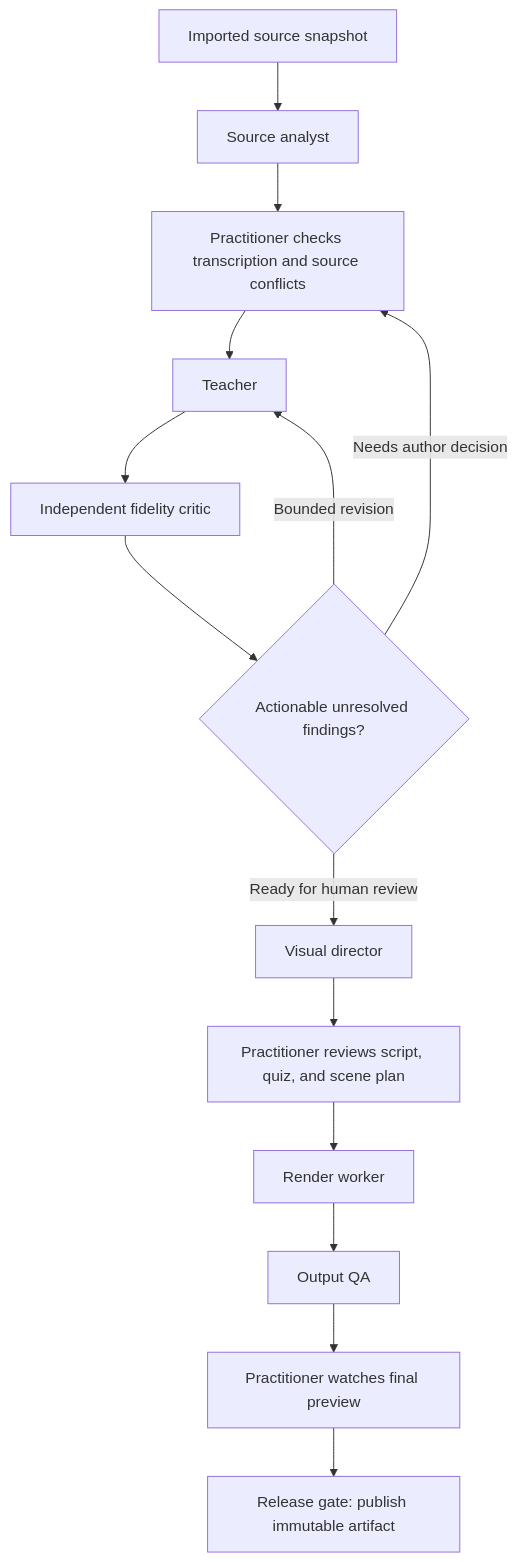
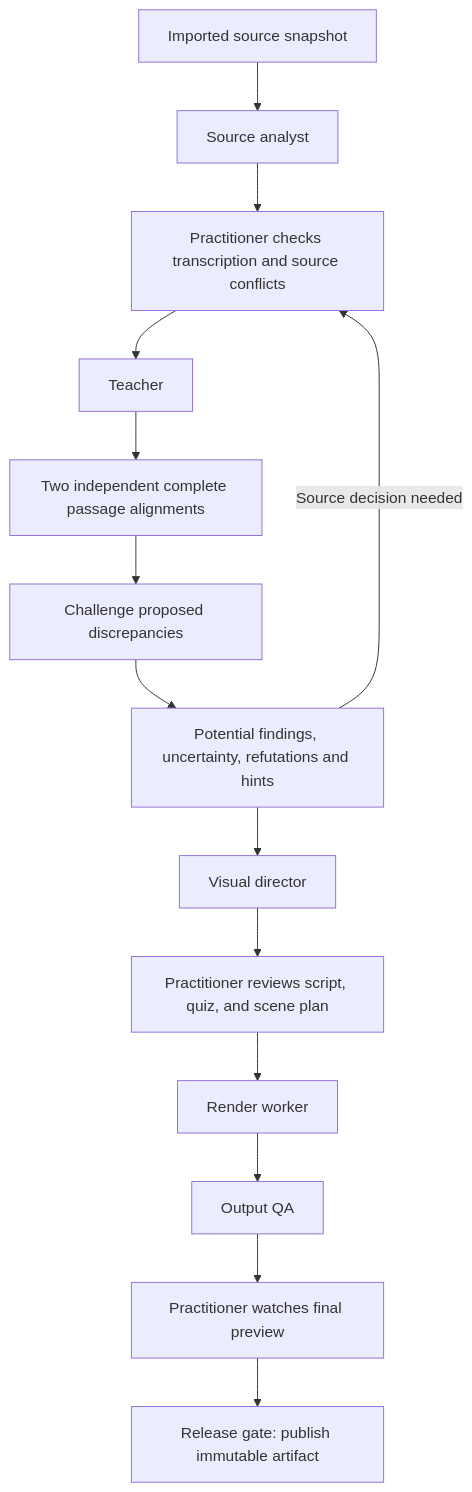
The diagram in docs/MULTI_AGENT_ARCHITECTURE.md (tasnimuldatascience/narrate-medical-studio), drawn with Mermaid before and after one commit. The commit also changed other lines of this file and 17 other files, not shown here.

````diff
--- a/docs/MULTI_AGENT_ARCHITECTURE.md
+++ b/docs/MULTI_AGENT_ARCHITECTURE.md
@@ -51,16 +53,16 @@
 ```mermaid
 flowchart TD
   I[Imported source snapshot] --> S[Source analyst]
   S --> SR[Practitioner checks transcription and source conflicts]
   SR --> T[Teacher]
-  T --> C[Independent fidelity critic]
-  C --> D{Actionable unresolved findings?}
-  D -->|Bounded revision| T
-  D -->|Needs author decision| SR
-  D -->|Ready for human review| V[Visual director]
+  T --> C[Two independent complete passage alignments]
+  C --> D[Challenge proposed discrepancies]
+  D --> E[Potential findings, uncertainty, refutations and hints]
+  E -->|Source decision needed| SR
+  E --> V[Visual director]
   V --> R[Practitioner reviews script, quiz, and scene plan]
   R --> W[Render worker]
   W --> Q[Output QA]
   Q --> P[Practitioner watches final preview]
   P --> G[Release gate: publish immutable artifact]
 ```
````
